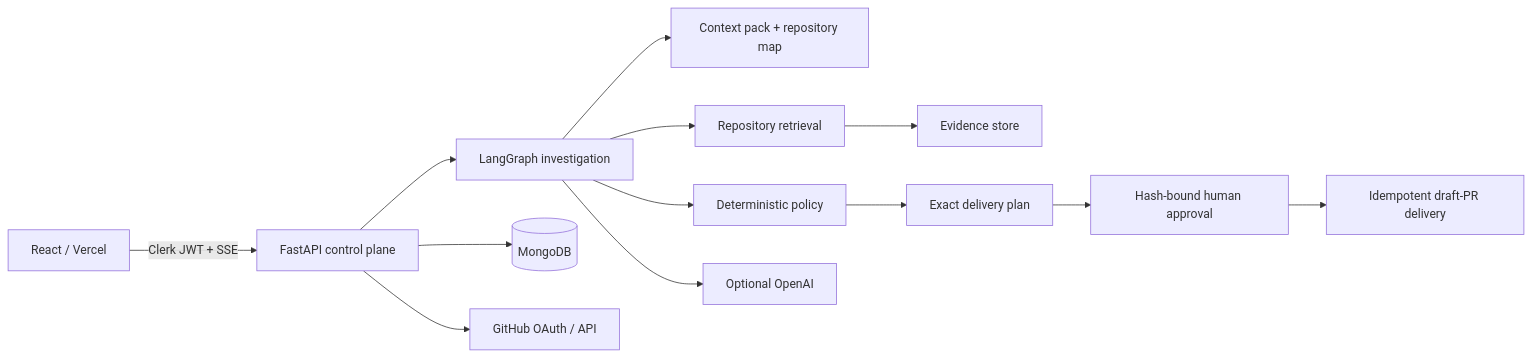
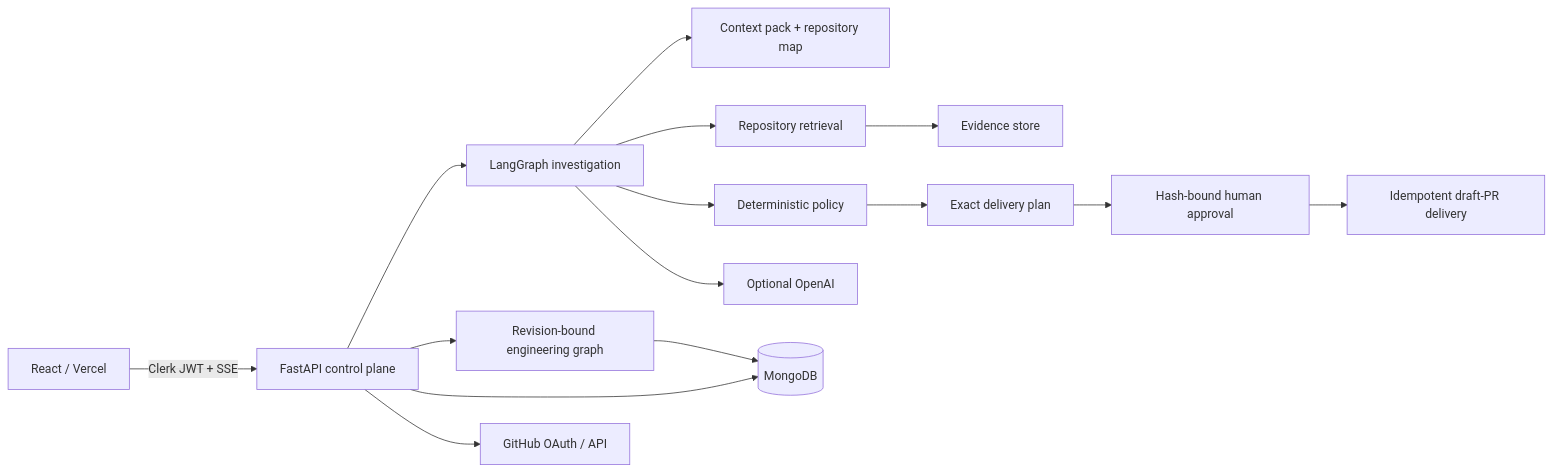
One commit to TopoVista/Base64-Ops changed the first of 2 diagrams in docs/ARCHITECTURE.md. Above: the diagram before and after it, drawn with Mermaid. The commit also changed other lines of this file and 13 other files, not shown here.

````diff
--- a/docs/ARCHITECTURE.md
+++ b/docs/ARCHITECTURE.md
@@ -3,15 +3,17 @@
 ```mermaid
 flowchart LR
   UI[React / Vercel] -->|Clerk JWT + SSE| API[FastAPI control plane]
   API --> Graph[LangGraph investigation]
   Graph --> Context[Context pack + repository map]
+  API --> Intelligence[Revision-bound engineering graph]
+  Intelligence --> Mongo
   Graph --> RAG[Repository retrieval]
   RAG --> Evidence[Evidence store]
   Graph --> Policy[Deterministic policy]
   Policy --> Plan[Exact delivery plan]
   Plan --> Approval[Hash-bound human approval]
   Approval --> Delivery[Idempotent draft-PR delivery]
   API --> Mongo[(MongoDB)]
   API --> GitHub[GitHub OAuth / API]
   Graph --> OpenAI[Optional OpenAI]
 ```
````
